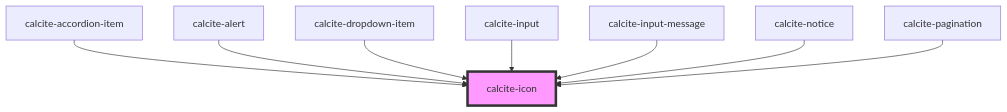
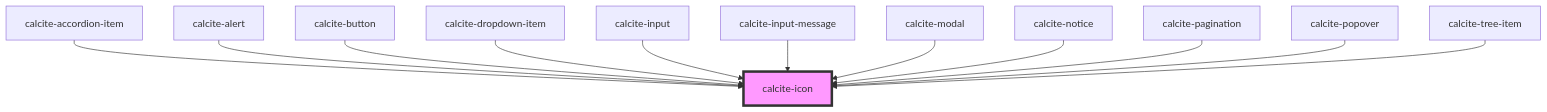
One commit to vikivakarvc/calcite-design-system changed the diagram in src/components/calcite-icon/readme.md. Above: the diagram before and after it, drawn with Mermaid. The commit also changed other lines of this file and 42 other files, not shown here.

````diff
--- a/src/components/calcite-icon/readme.md
+++ b/src/components/calcite-icon/readme.md
@@ -44,11 +48,15 @@
 ```mermaid
 graph TD;
   calcite-accordion-item --> calcite-icon
   calcite-alert --> calcite-icon
+  calcite-button --> calcite-icon
   calcite-dropdown-item --> calcite-icon
   calcite-input --> calcite-icon
   calcite-input-message --> calcite-icon
+  calcite-modal --> calcite-icon
   calcite-notice --> calcite-icon
   calcite-pagination --> calcite-icon
+  calcite-popover --> calcite-icon
+  calcite-tree-item --> calcite-icon
   style calcite-icon fill:#f9f,stroke:#333,stroke-width:4px
 ```
````
